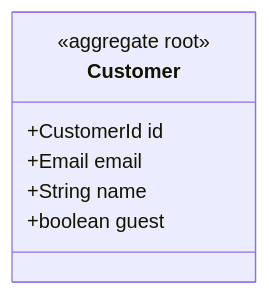
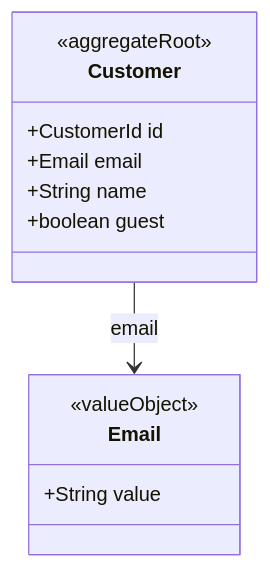
The eighth of 12 diagrams in docs/architecture/domain-model.md (ivopogace/riviera-sunbed-booking), drawn with Mermaid before and after one commit. The commit also changed other lines of this file, not shown here.

First line of the commit message:
Fix class-diagram Mermaid syntax so aggregates render

````diff
--- a/docs/architecture/domain-model.md
+++ b/docs/architecture/domain-model.md
@@ -334,10 +334,15 @@
 ```mermaid
 classDiagram
     class Customer {
-        <<aggregate root>>
+        <<aggregateRoot>>
         +CustomerId id
         +Email email
         +String name
         +boolean guest
     }
+    class Email {
+        <<valueObject>>
+        +String value
+    }
+    Customer --> Email : email
 ```
````
